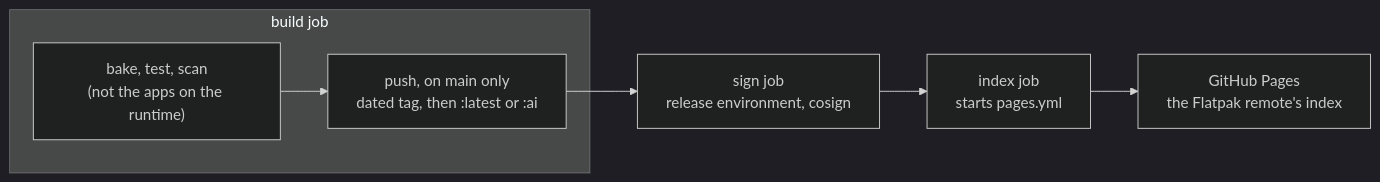
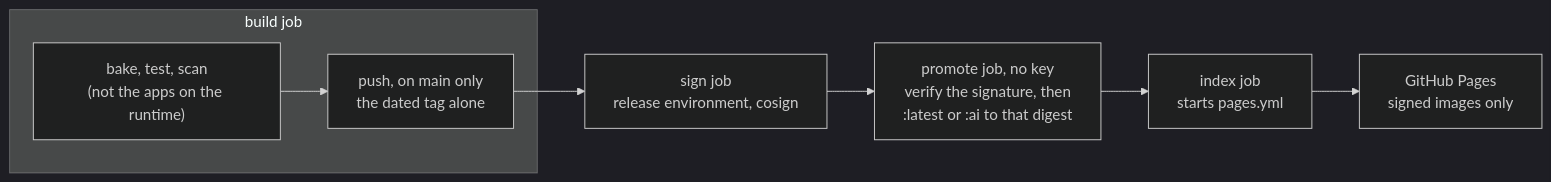
One commit to LucaRickli/devtools changed the third of 3 diagrams in docs/building.md. Above: the diagram before and after it, drawn with Mermaid (dark theme). The commit also changed other lines of this file and 7 other files, not shown here.

````diff
--- a/docs/building.md
+++ b/docs/building.md
@@ -64,9 +64,10 @@
 ```mermaid
 flowchart LR
     subgraph buildjob ["build job"]
-        build["bake, test, scan<br/>(not the apps on the runtime)"] --> push["push, on main only<br/>dated tag, then :latest or :ai"]
+        build["bake, test, scan<br/>(not the apps on the runtime)"] --> push["push, on main only<br/>the dated tag alone"]
     end
     push --> sign["sign job<br/>release environment, cosign"]
-    sign --> index["index job<br/>starts pages.yml"]
-    index --> pages["GitHub Pages<br/>the Flatpak remote's index"]
+    sign --> promote["promote job, no key<br/>verify the signature, then<br/>:latest or :ai to that digest"]
+    promote --> index["index job<br/>starts pages.yml"]
+    index --> pages["GitHub Pages<br/>signed images only"]
 ```
````
